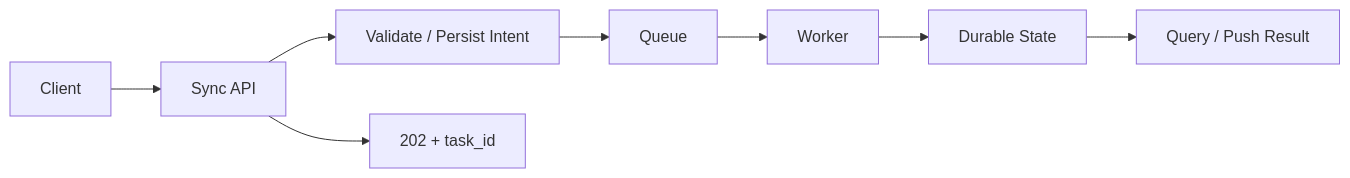
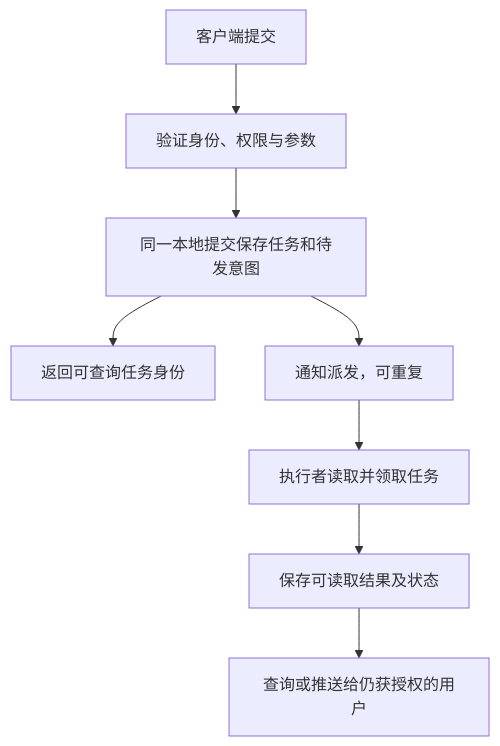
The third of 6 diagrams in curriculum/10-system-design/review/README.md (studyzhige-ui/ai-application-interview-handbook), drawn with Mermaid before and after one commit. The commit also changed other lines of this file and 33 other files, not shown here.

````diff
--- a/curriculum/10-system-design/review/README.md
+++ b/curriculum/10-system-design/review/README.md
@@ -51,10 +39,10 @@
 ```mermaid
-flowchart LR
-    A["Client"] --> B["Sync API"]
-    B --> C["Validate / Persist Intent"]
-    C --> D["Queue"]
-    D --> E["Worker"]
-    E --> F["Durable State"]
-    B --> G["202 + task_id"]
-    F --> H["Query / Push Result"]
+flowchart TD
+    A["客户端提交"] --> B["验证身份、权限与参数"]
+    B --> C["同一本地提交保存任务和待发意图"]
+    C --> D["返回可查询任务身份"]
+    C --> E["通知派发，可重复"]
+    E --> F["执行者读取并领取任务"]
+    F --> G["保存可读取结果及状态"]
+    G --> H["查询或推送给仍获授权的用户"]
 ```
````
